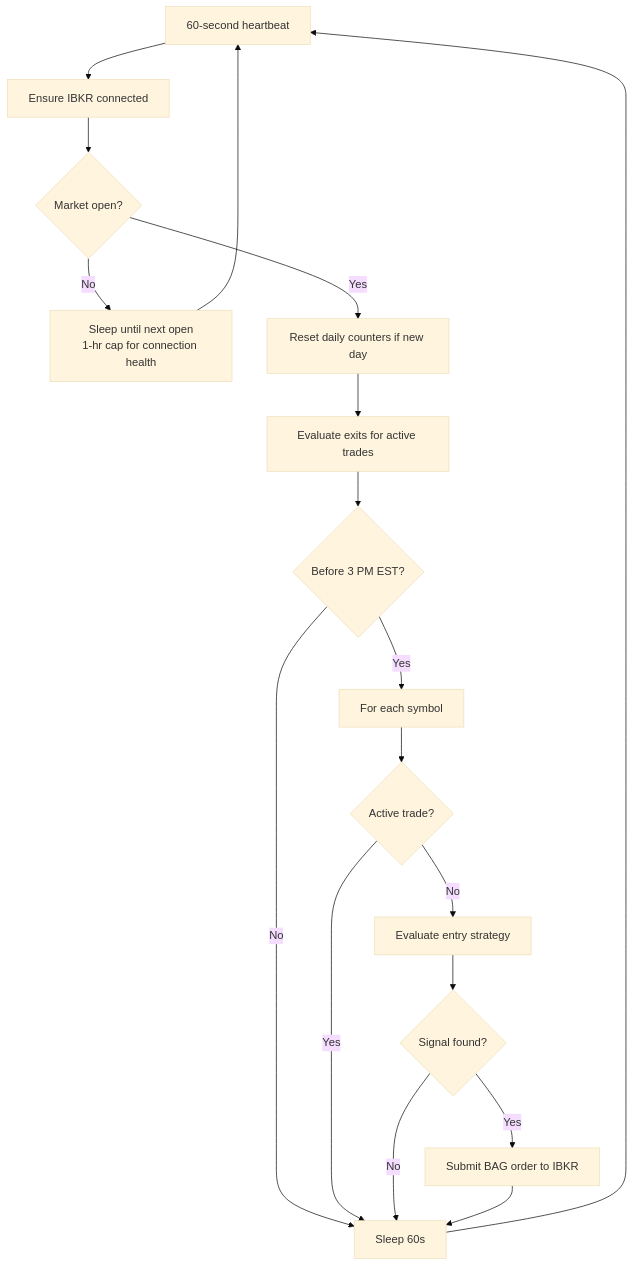
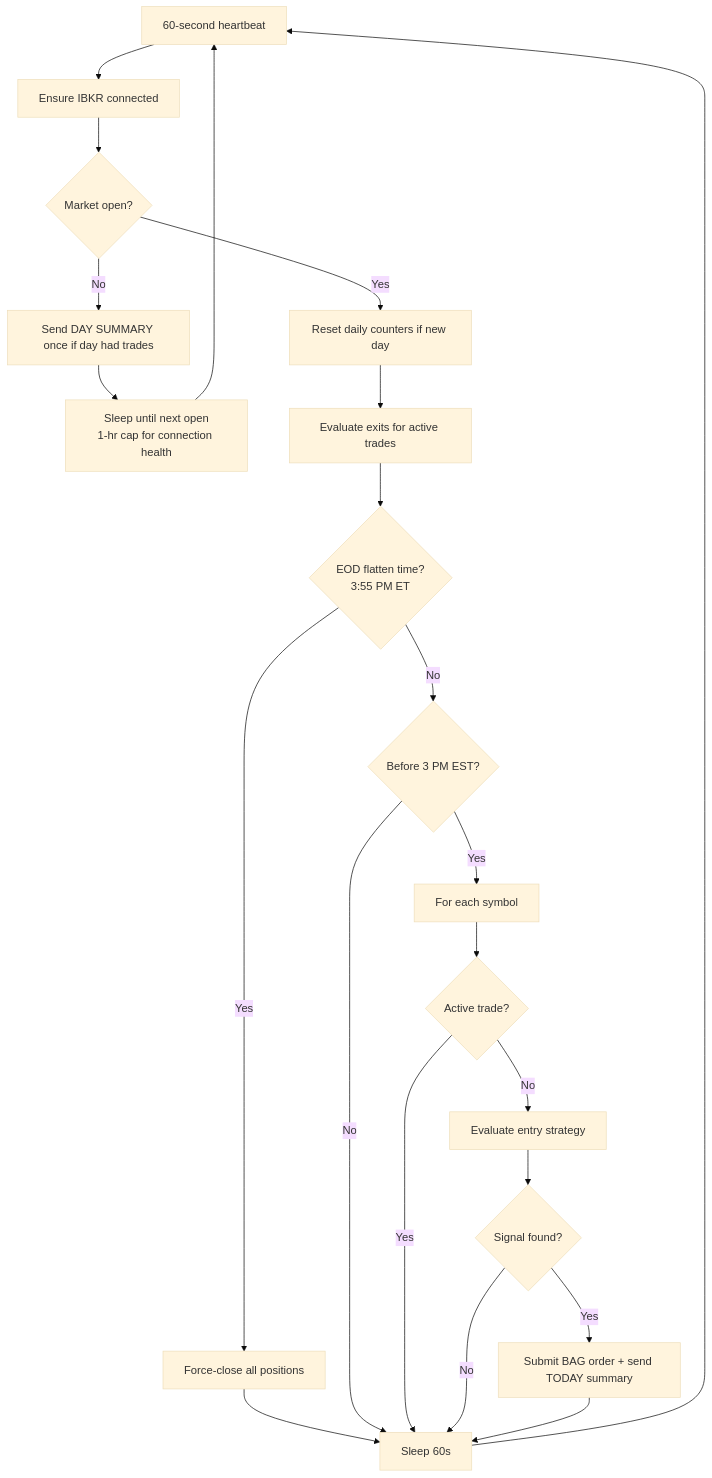
One commit to rakeshnemani/0dte changed the first of 2 diagrams in docs/HOW_IT_WORKS.md. Above: the diagram before and after it, drawn with Mermaid (base theme). The commit also changed other lines of this file and 4 other files, not shown here.

````diff
--- a/docs/HOW_IT_WORKS.md
+++ b/docs/HOW_IT_WORKS.md
@@ -44,20 +46,24 @@
 ```mermaid
 graph TD
     Loop[60-second heartbeat] --> Conn[Ensure IBKR connected]
     Conn --> MktCheck{Market open?}
-    MktCheck -- No --> SmartSleep[Sleep until next open\n1-hr cap for connection health]
+    MktCheck -- No --> DaySum[Send DAY SUMMARY once if day had trades]
+    DaySum --> SmartSleep[Sleep until next open\n1-hr cap for connection health]
     SmartSleep --> Loop
     MktCheck -- Yes --> Reset[Reset daily counters if new day]
     Reset --> Exits[Evaluate exits for active trades]
-    Exits --> Window{Before 3 PM EST?}
-    Window -- No --> Sleep[Sleep 60s]
+    Exits --> EOD{EOD flatten time?\n3:55 PM ET}
+    EOD -- Yes --> Flatten[Force-close all positions]
+    Flatten --> Sleep[Sleep 60s]
+    EOD -- No --> Window{Before 3 PM EST?}
+    Window -- No --> Sleep
     Window -- Yes --> ForEach[For each symbol]
     ForEach --> HasTrade{Active trade?}
     HasTrade -- Yes --> Sleep
     HasTrade -- No --> Scan[Evaluate entry strategy]
     Scan --> Signal{Signal found?}
     Signal -- No --> Sleep
-    Signal -- Yes --> Execute[Submit BAG order to IBKR]
+    Signal -- Yes --> Execute[Submit BAG order + send TODAY summary]
     Execute --> Sleep
     Sleep --> Loop
 ```
````
